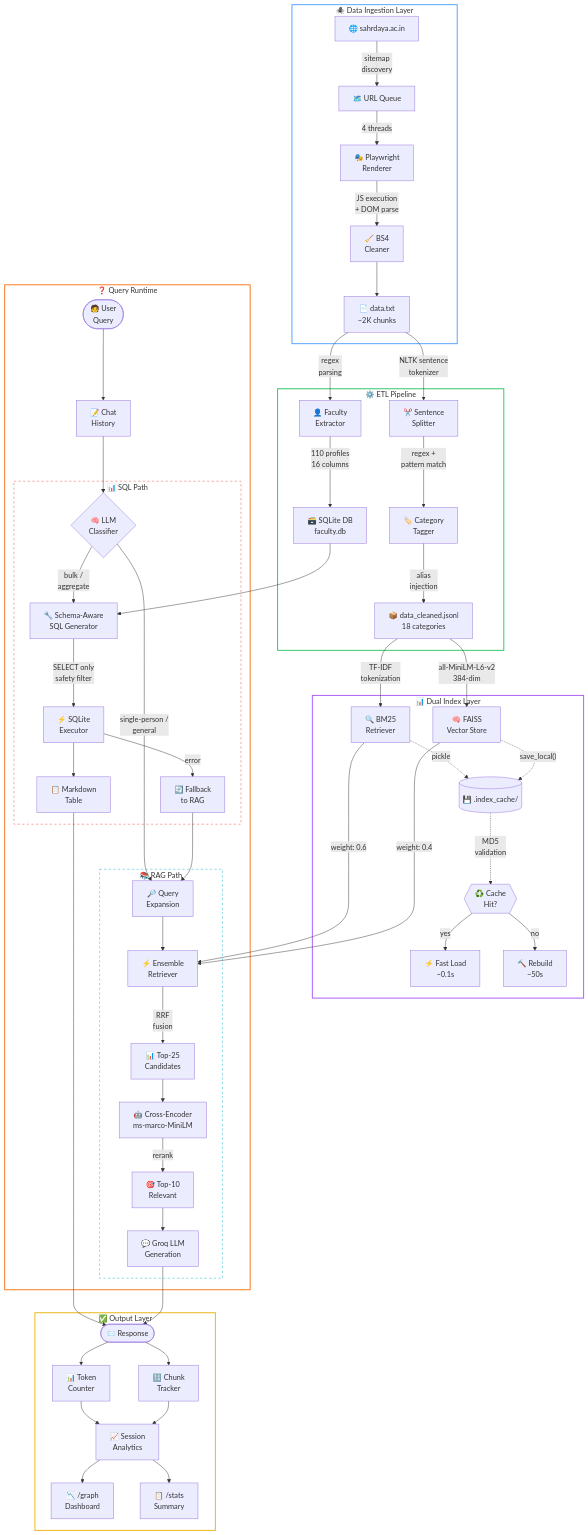
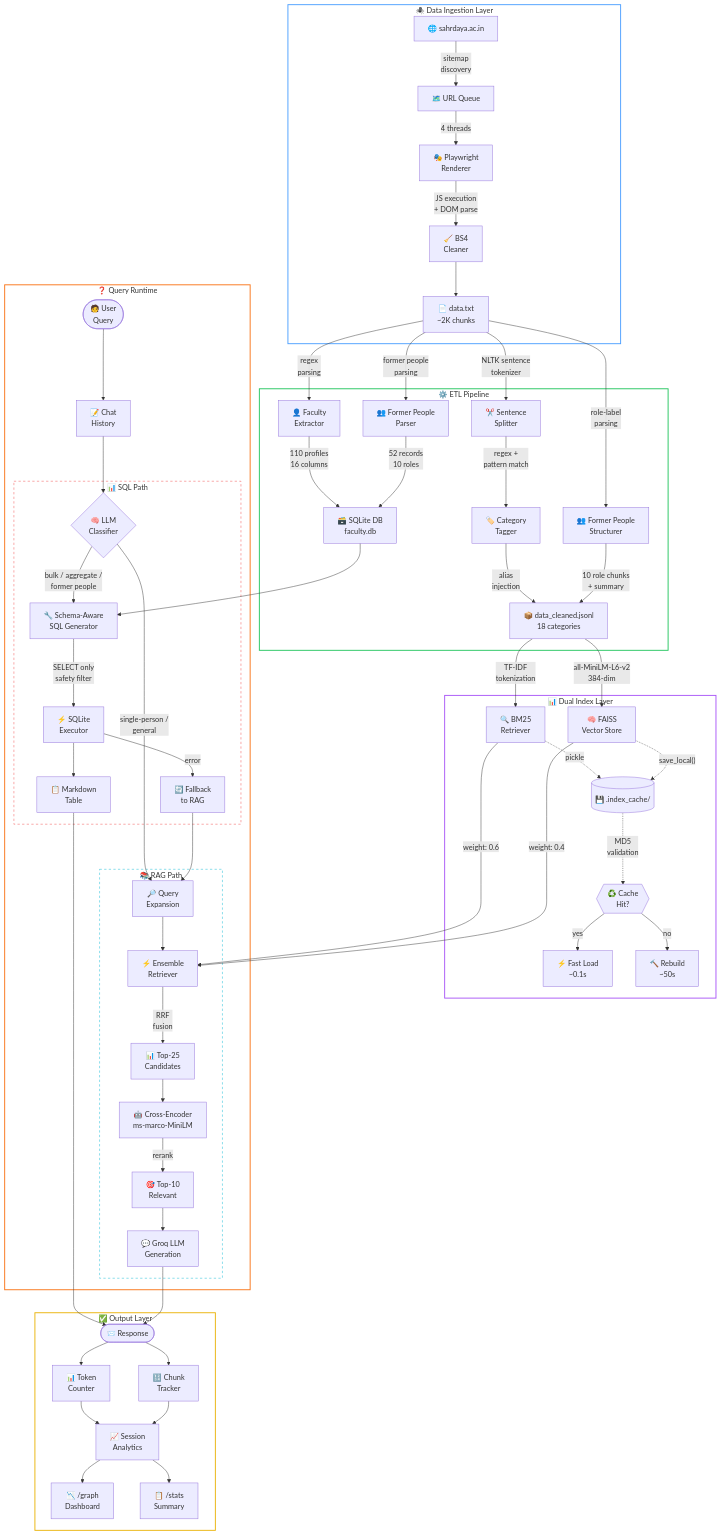
Before and after one commit to arxhr007/sahrdaya_ragx: the diagram in README.md, drawn with Mermaid. The commit also changed other lines of this file and 6 other files, not shown here.

Commit message:
feat: former people SQL table, routing, and docs updates

````diff
--- a/README.md
+++ b/README.md
@@ -25,70 +25,74 @@
 ```mermaid
 flowchart TD
     subgraph INGESTION["🕷️ Data Ingestion Layer"]
         A["🌐 sahrdaya.ac.in"] -->|"sitemap<br/>discovery"| B["🗺️ URL Queue"]
         B -->|"4 threads"| C["🎭 Playwright<br/>Renderer"]
         C -->|"JS execution<br/>+ DOM parse"| D["🧹 BS4<br/>Cleaner"]
         D --> E["📄 data.txt<br/>~2K chunks"]
     end
 
     subgraph ETL["⚙️ ETL Pipeline"]
         E -->|"NLTK sentence<br/>tokenizer"| F["✂️ Sentence<br/>Splitter"]
         F -->|"regex +<br/>pattern match"| G["🏷️ Category<br/>Tagger"]
         G -->|"alias<br/>injection"| H["📦 data_cleaned.jsonl<br/>18 categories"]
+        E -->|"role-label<br/>parsing"| FP["👥 Former People<br/>Structurer"]
+        FP -->|"10 role chunks<br/>+ summary"| H
         E -->|"regex<br/>parsing"| I["👤 Faculty<br/>Extractor"]
+        E -->|"former people<br/>parsing"| IP["👥 Former People<br/>Parser"]
         I -->|"110 profiles<br/>16 columns"| K["🗃️ SQLite DB<br/>faculty.db"]
+        IP -->|"52 records<br/>10 roles"| K
     end
 
     subgraph INDEX["📊 Dual Index Layer"]
         H -->|"TF-IDF<br/>tokenization"| L["🔍 BM25<br/>Retriever"]
         H -->|"all-MiniLM-L6-v2<br/>384-dim"| M["🧠 FAISS<br/>Vector Store"]
         L -.->|"pickle"| N[("💾 .index_cache/")]
         M -.->|"save_local()"| N
         N -.->|"MD5<br/>validation"| O{{"♻️ Cache<br/>Hit?"}}
         O -->|"yes"| P["⚡ Fast Load<br/>~0.1s"]
         O -->|"no"| Q["🔨 Rebuild<br/>~50s"]
     end
 
     subgraph RUNTIME["❓ Query Runtime"]
         R(["🧑 User<br/>Query"]) --> S["📝 Chat<br/>History"]
         S --> T{"🧠 LLM<br/>Classifier"}
 
         subgraph SQL["📊 SQL Path"]
-            T -->|"bulk /<br/>aggregate"| U["🔧 Schema-Aware<br/>SQL Generator"]
+            T -->|"bulk / aggregate /<br/>former people"| U["🔧 Schema-Aware<br/>SQL Generator"]
             K --> U
             U -->|"SELECT only<br/>safety filter"| V["⚡ SQLite<br/>Executor"]
             V --> W["📋 Markdown<br/>Table"]
             V -->|"error"| X["🔄 Fallback<br/>to RAG"]
         end
 
         subgraph RAG["📚 RAG Path"]
             T -->|"single-person /<br/>general"| Y["🔎 Query<br/>Expansion"]
             X --> Y
             Y --> Z["⚡ Ensemble<br/>Retriever"]
             L -->|"weight: 0.6"| Z
             M -->|"weight: 0.4"| Z
             Z -->|"RRF<br/>fusion"| AA["📊 Top-25<br/>Candidates"]
             AA --> AB["🤖 Cross-Encoder<br/>ms-marco-MiniLM"]
             AB -->|"rerank"| AC["🎯 Top-10<br/>Relevant"]
             AC --> AD["💬 Groq LLM<br/>Generation"]
         end
     end
 
     subgraph OUTPUT["✅ Output Layer"]
         W --> AE(["📨 Response"])
         AD --> AE
         AE --> AF["📊 Token<br/>Counter"]
         AE --> AG["🔢 Chunk<br/>Tracker"]
         AF & AG --> AH["📈 Session<br/>Analytics"]
         AH --> AI["📉 /graph<br/>Dashboard"]
         AH --> AJ["📋 /stats<br/>Summary"]
     end
 
     style INGESTION fill:none,stroke:#4a9eff,stroke-width:2px
     style ETL fill:none,stroke:#22c55e,stroke-width:2px
     style INDEX fill:none,stroke:#a855f7,stroke-width:2px
     style RUNTIME fill:none,stroke:#f97316,stroke-width:2px
     style SQL fill:none,stroke:#ef4444,stroke-width:1px,stroke-dasharray: 5 5
     style RAG fill:none,stroke:#06b6d4,stroke-width:1px,stroke-dasharray: 5 5
     style OUTPUT fill:none,stroke:#eab308,stroke-width:2px
 ```
````
